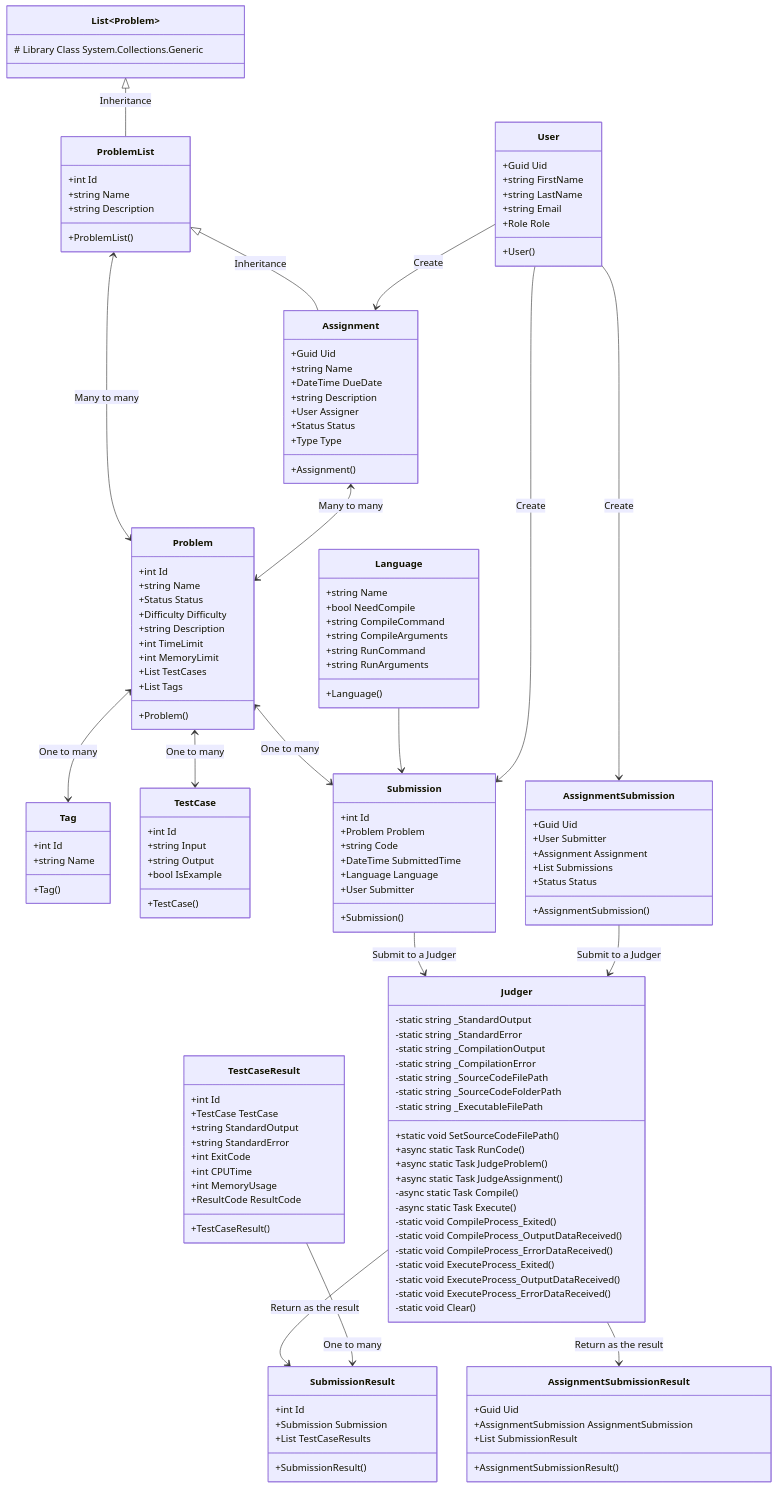
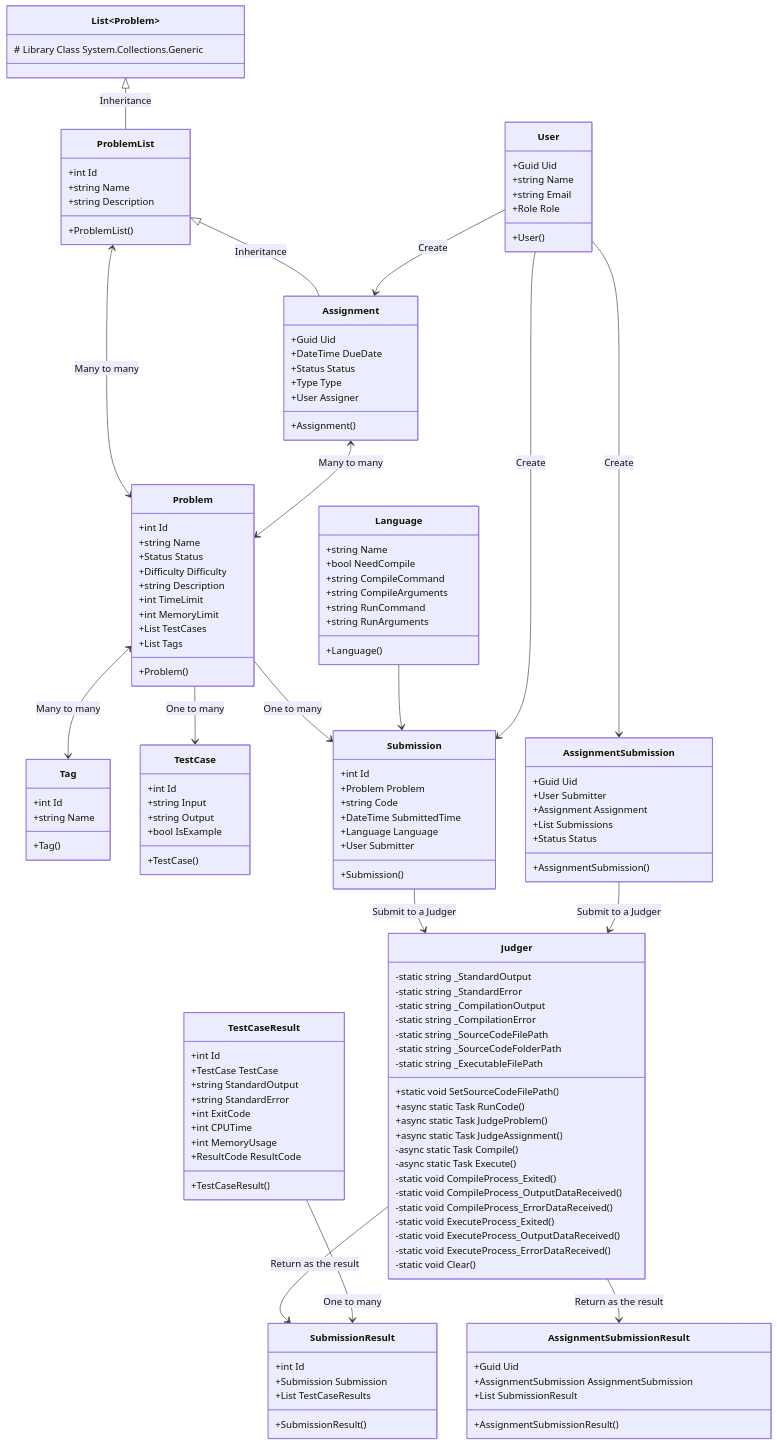
One commit to HEIGE-PCloud/Algorithm-Dynamics changed the diagram in report/graphs/classDiagram.mmd. Above: the diagram before and after it, drawn with Mermaid. The commit also changed 1 other file, not shown here.

```diff
--- a/report/graphs/classDiagram.mmd
+++ b/report/graphs/classDiagram.mmd
@@ -1,139 +1,136 @@
 classDiagram
     class Tag{
         +int Id
         +string Name
         +Tag()
     }
     class TestCase{
         +int Id
         +string Input
         +string Output
         +bool IsExample
         +TestCase()
     }
     class Problem{
         +int Id
         +string Name
         +Status Status
         +Difficulty Difficulty
         +string Description
         +int TimeLimit
         +int MemoryLimit
         +List<TestCase> TestCases
         +List<Tag> Tags
         +Problem()
     }
     class List~Problem~ {
         # Library Class System.Collections.Generic
     }
     class ProblemList{
         +int Id
         +string Name
         +string Description
         +ProblemList()
     }
     class Assignment{
         +Guid Uid
-        +string Name
         +DateTime DueDate
-        +string Description
-        +User Assigner
         +Status Status
         +Type Type
+        +User Assigner
         +Assignment()
     }
     class Submission{
         +int Id
         +Problem Problem
         +string Code
         +DateTime SubmittedTime
         +Language Language
         +User Submitter
         +Submission()
     }
     class TestCaseResult {
         +int Id
         +TestCase TestCase
         +string StandardOutput
         +string StandardError
         +int ExitCode
         +int CPUTime
         +int MemoryUsage
         +ResultCode ResultCode
         +TestCaseResult()
     }
     class SubmissionResult{
         +int Id
         +Submission Submission
         +List<TestCaseResult> TestCaseResults
         +SubmissionResult()
     }
     class AssignmentSubmission{
         +Guid Uid
         +User Submitter
         +Assignment Assignment
         +List<Submission> Submissions
         +Status Status
         +AssignmentSubmission()
     }
     class AssignmentSubmissionResult{
         +Guid Uid
         +AssignmentSubmission AssignmentSubmission
         +List<SubmissionResult> SubmissionResult
         +AssignmentSubmissionResult()
     }
     class Judger{
         -static string _StandardOutput
         -static string _StandardError
         -static string _CompilationOutput
         -static string _CompilationError
         -static string _SourceCodeFilePath
         -static string _SourceCodeFolderPath
         -static string _ExecutableFilePath
         +static void SetSourceCodeFilePath()
         +async static Task<SubmissionResult> RunCode()
         +async static Task<SubmissionResult> JudgeProblem()
         +async static Task<AssignmentSubmission> JudgeAssignment()
         -async static Task<int> Compile()
         -async static Task<int> Execute()
         -static void CompileProcess_Exited()
         -static void CompileProcess_OutputDataReceived()
         -static void CompileProcess_ErrorDataReceived()
         -static void ExecuteProcess_Exited()
         -static void ExecuteProcess_OutputDataReceived()
         -static void ExecuteProcess_ErrorDataReceived()
         -static void Clear()
     }
     class User{
         +Guid Uid
-        +string FirstName
-        +string LastName
+        +string Name
         +string Email
         +Role Role
         +User()
     }
     class Language{
         +string Name
         +bool NeedCompile
         +string CompileCommand
         +string CompileArguments
         +string RunCommand
         +string RunArguments
         +Language()
     }
     List <|-- ProblemList: Inheritance
     ProblemList <|-- Assignment: Inheritance
     Submission --> Judger: Submit to a Judger
     Judger -->  SubmissionResult: Return as the result
-    Problem <--> Tag:One to many
-    Problem <--> TestCase:One to many
-    Problem <--> Submission:One to many
+    Problem <--> Tag:Many to many
+    Problem --> TestCase:One to many
+    Problem --> Submission:One to many
     Language --> Submission
     ProblemList <--> Problem:Many to many
     Assignment <--> Problem:Many to many
     User --> Submission:Create
     User --> Assignment:Create
     User --> AssignmentSubmission:Create
     AssignmentSubmission --> Judger: Submit to a Judger
     Judger -->  AssignmentSubmissionResult: Return as the result
     TestCaseResult --> SubmissionResult: One to many
```
